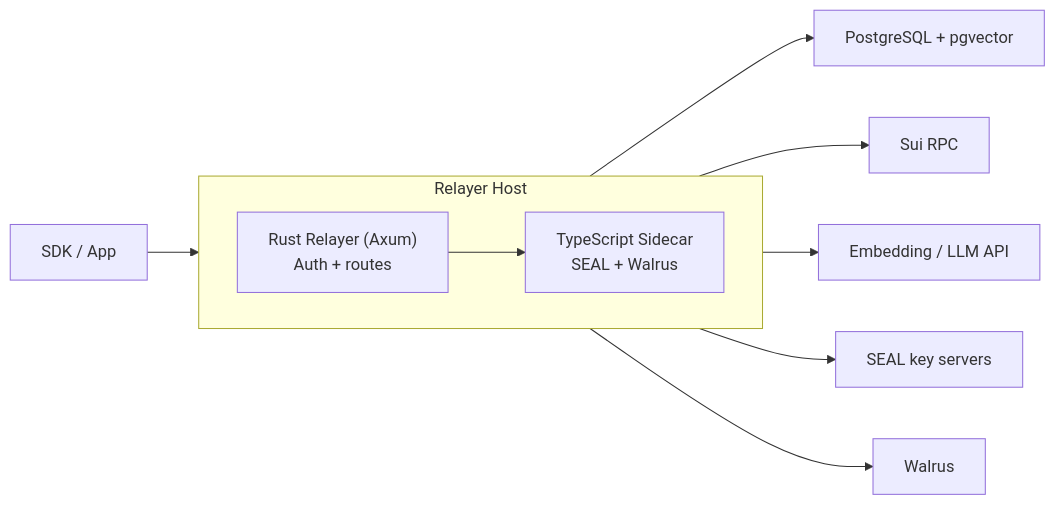
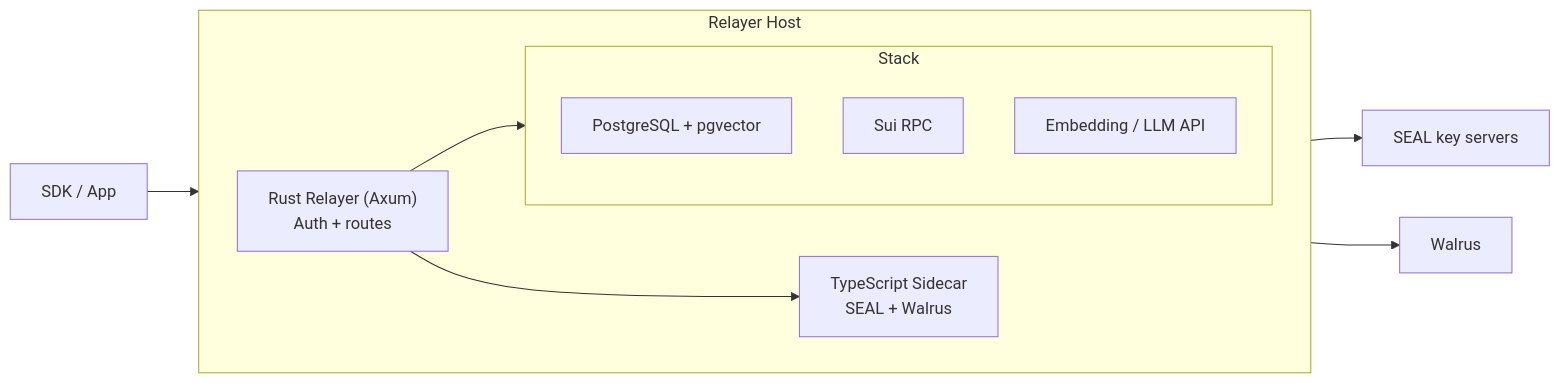
Before and after one commit to MystenLabs/MemWal: the diagram in docs/relayer/overview.md, drawn with Mermaid. The commit also changed 2 other files, not shown here.

Commit message:
docs(relayer): update testnet package ids and overview graph

````diff
--- a/docs/relayer/overview.md
+++ b/docs/relayer/overview.md
@@ -22,22 +22,35 @@
 ```mermaid
 flowchart LR
     Client["SDK / App"]
+
+    %% ===== HOST =====
     subgraph Host["Relayer Host"]
         direction LR
+
         Axum["Rust Relayer (Axum)<br>Auth + routes"]
         Sidecar["TypeScript Sidecar<br>SEAL + Walrus"]
+
+        %% container backend
+        subgraph Stack
+            direction TB
+            DB["PostgreSQL + pgvector"]
+            Sui["Sui RPC"]
+            AI["Embedding / LLM API"]
+        end
     end
-    DB["PostgreSQL + pgvector"]
-    Sui["Sui RPC"]
-    AI["Embedding / LLM API"]
+
+    %% external
     Seal["SEAL key servers"]
     Walrus["Walrus"]
 
+    %% flows
     Client --> Axum
+
+    %% chỉ nối vào container (qua node đầu)
     Axum --> DB
-    Axum --> Sui
-    Axum --> AI
+
+    %% sidecar
     Axum --> Sidecar
     Sidecar --> Seal
-    Sidecar --> Walrus
+    Sidecar --> Walrus  
 ```
````
